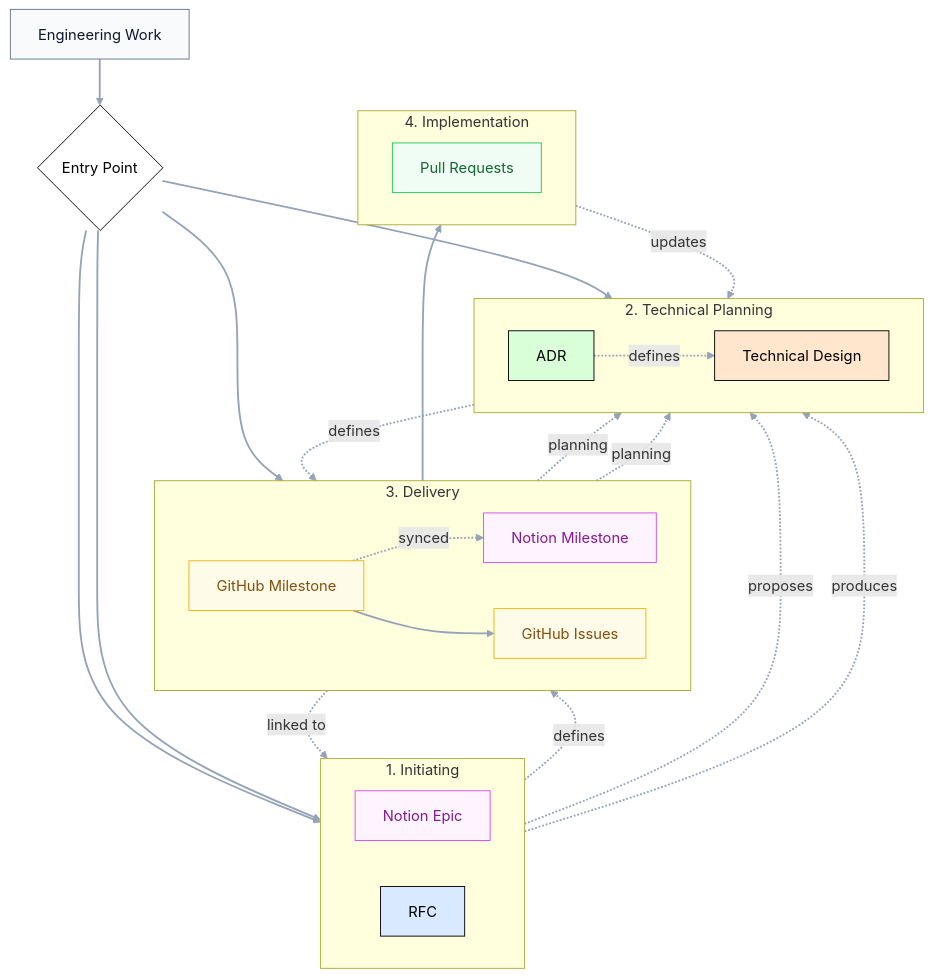
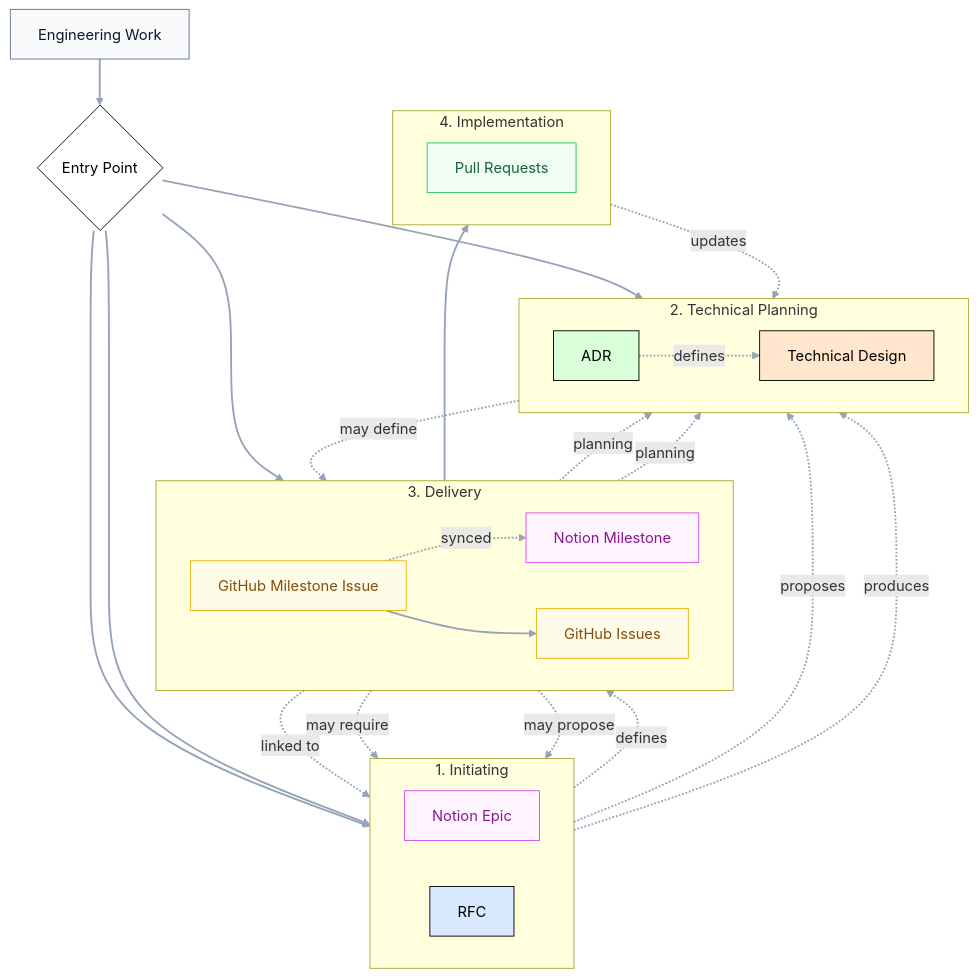
The second of 2 diagrams in docs/engineering/README.md (thunderbird/thunderbird-android), drawn with Mermaid before and after one commit. The commit also changed other lines of this file and 7 other files, not shown here.

````diff
--- a/docs/engineering/README.md
+++ b/docs/engineering/README.md
@@ -153,72 +185,74 @@
 ```mermaid
 flowchart TD
     Start[Engineering Work] --> Source{Entry Point}
 
     subgraph Initiating[1. Initiating]
         direction LR
         Epic[Notion Epic]
         RFC[RFC]
     end
 
     subgraph Planning[2. Technical Planning]
         direction LR
         TechDesign[Technical Design]
         ADR[ADR]
     end
 
     subgraph Delivery[3. Delivery]
         direction LR
-        MilestoneGH[GitHub Milestone]
+        MilestoneGH[GitHub Milestone Issue]
         MilestoneNotion[Notion Milestone]
         Issues[GitHub Issues]
     end
 
     subgraph Implementation[4. Implementation]
         direction LR
         PR[Pull Requests]
     end
 
     %% Entry Points
     Source --> Epic
     Source --> MilestoneGH
     Source --> RFC
     Source --> ADR
 
     %% Process Flow
     Epic -. defines .-> MilestoneGH
     RFC -. proposes .-> TechDesign
     RFC -. produces .-> ADR
     ADR -. defines .-> TechDesign
     
     MilestoneGH -. synced .-> MilestoneNotion
     MilestoneNotion -. linked to .-> Epic
     
-    TechDesign -. defines .-> MilestoneGH
+    TechDesign -. may define .-> MilestoneGH
     MilestoneGH --> Issues
     Issues --> PR
 
     %% Technical Planning from Issues
     MilestoneGH -. planning .-> Planning
+    MilestoneGH -. may require .-> RFC
     Issues -. planning .-> Planning
+    Issues -. may propose .-> RFC
     PR -. updates .-> Planning
 
     classDef start fill:#f8fafc,stroke:#64748b,color:#0f172a
     classDef decision fill:#ffffff,stroke:#000000,color:#000000
     classDef proposal fill:#d9e9ff,stroke:#000000,color:#000000
     classDef adr fill:#d9ffd9,stroke:#000000,color:#000000
     classDef design fill:#ffe6cc,stroke:#000000,color:#000000
     classDef notion fill:#fdf4ff,stroke:#d946ef,color:#86198f
     classDef issue fill:#fefce8,stroke:#eab308,color:#854d0e
     classDef pr fill:#f0fdf4,stroke:#22c55e,color:#166534
 
     linkStyle default stroke:#94a3b8,stroke-width:2px
 
     class Start start
     class Source decision
     class RFC proposal
     class ADR adr
     class TechDesign design
     class MilestoneGH,Issues issue
     class Epic,MilestoneNotion notion
     class PR pr
 ```
````
